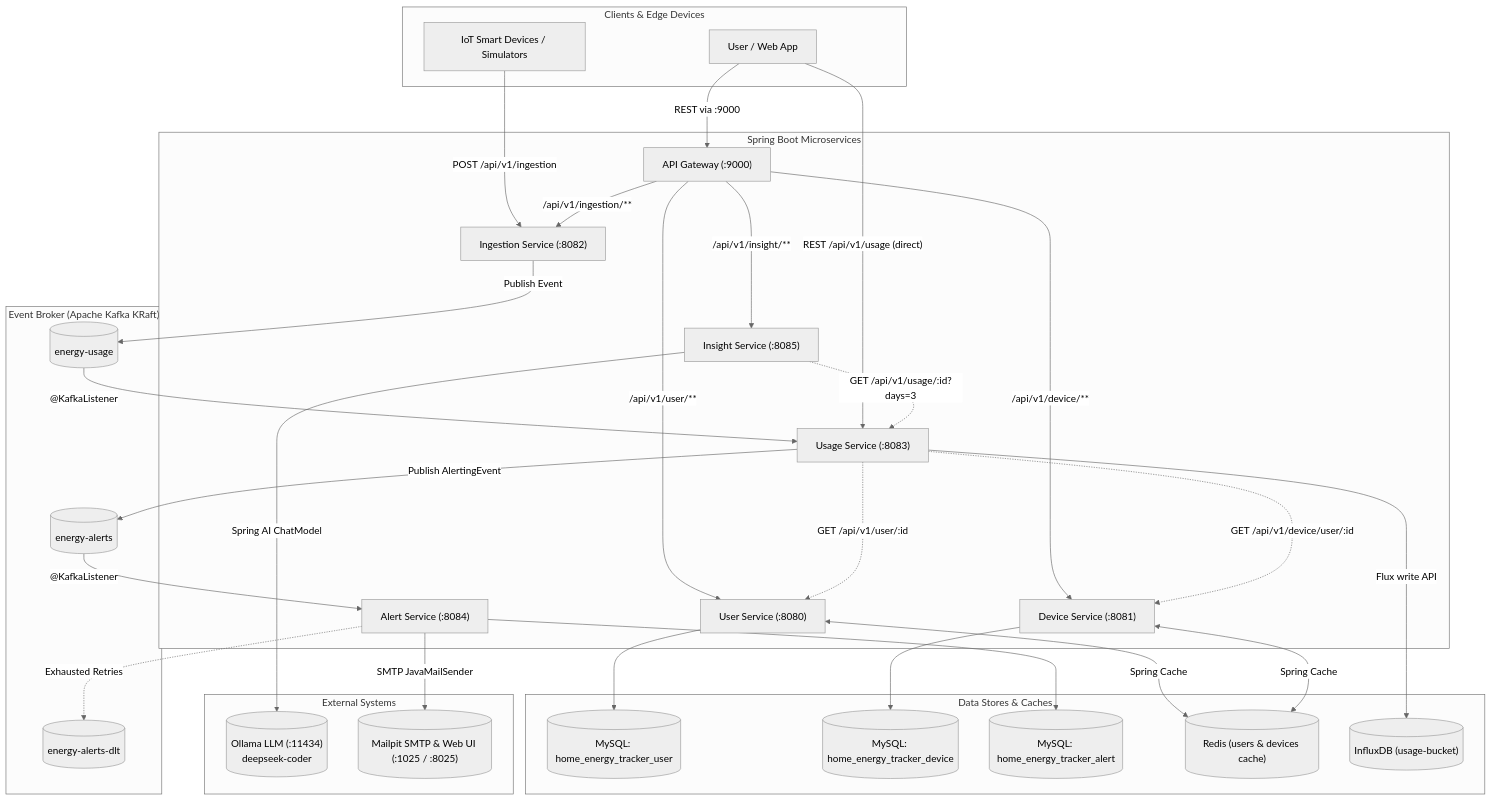
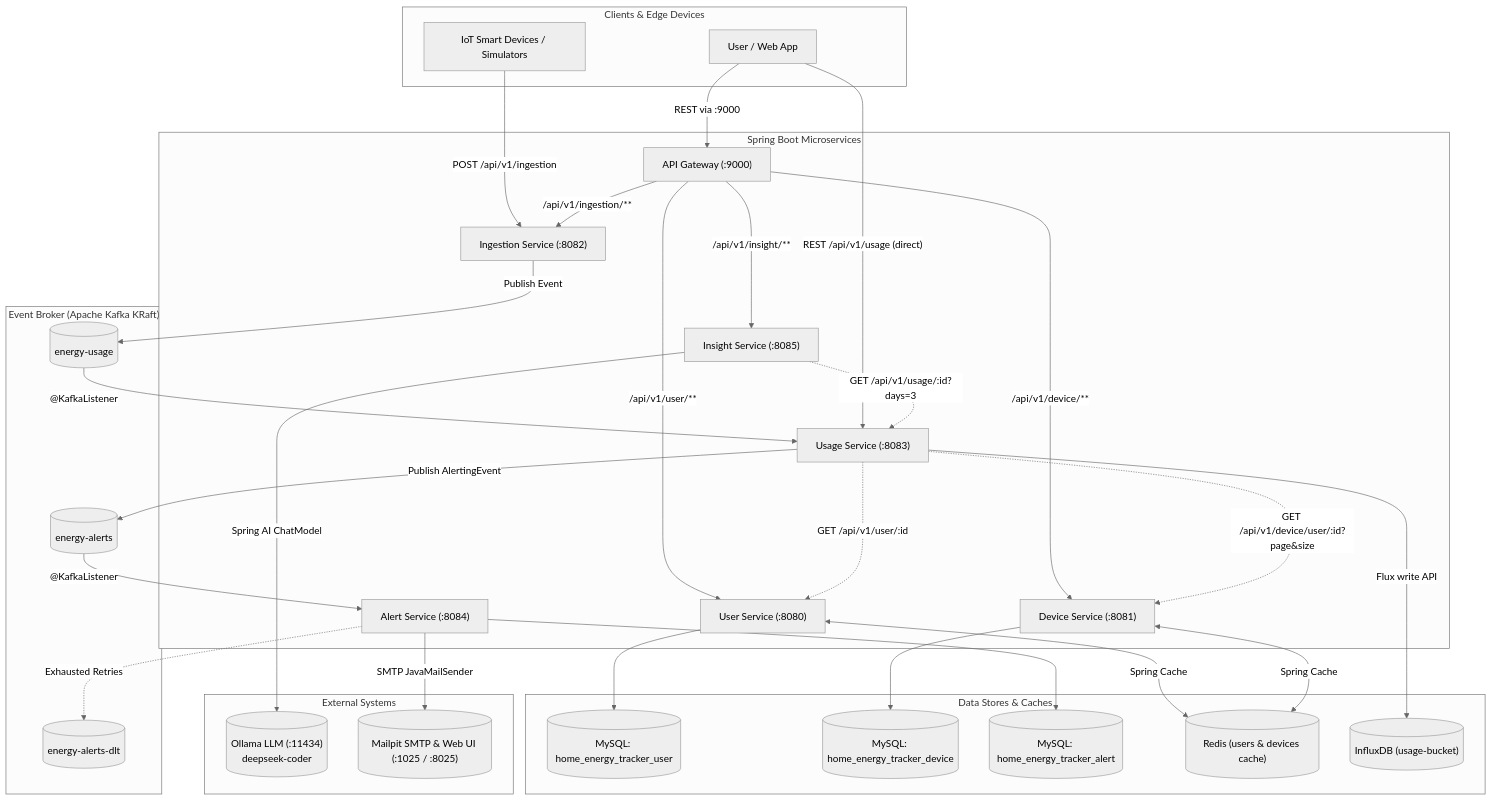
Before and after one commit to PagarciaSima/ENERGY_TRACKER_MICROSERVICES: the first of 5 diagrams in README.md, drawn with Mermaid (neutral theme). The commit also changed other lines of this file and 59 other files, not shown here.

````diff
--- a/README.md
+++ b/README.md
@@ -40,69 +41,69 @@
 ```mermaid
 flowchart TB
     subgraph Clients["Clients & Edge Devices"]
         UserClient["User / Web App"]
         IoTDevice["IoT Smart Devices / Simulators"]
     end
 
     subgraph CoreServices["Spring Boot Microservices"]
         UserSvc["User Service (:8080)"]
         DeviceSvc["Device Service (:8081)"]
         IngestionSvc["Ingestion Service (:8082)"]
         UsageSvc["Usage Service (:8083)"]
         AlertSvc["Alert Service (:8084)"]
         InsightSvc["Insight Service (:8085)"]
         ApiGW["API Gateway (:9000)"]
     end
 
     subgraph KafkaCluster["Event Broker (Apache Kafka KRaft)"]
         TopicUsage[("energy-usage")]
         TopicAlerts[("energy-alerts")]
         TopicDLT[("energy-alerts-dlt")]
     end
 
     subgraph StorageInfra["Data Stores & Caches"]
         MySQLUser[("MySQL: home_energy_tracker_user")]
         MySQLDev[("MySQL: home_energy_tracker_device")]
         MySQLAlert[("MySQL: home_energy_tracker_alert")]
         RedisCache[("Redis (users & devices cache)")]
         InfluxTSDB[("InfluxDB (usage-bucket)")]
     end
 
     subgraph ExternalCollaborators["External Systems"]
         OllamaLLM[("Ollama LLM (:11434)\ndeepseek-coder")]
         MailpitSMTP[("Mailpit SMTP & Web UI (:1025 / :8025)")]
     end
 
     %% Client Interactions
     UserClient -->|"REST via :9000"| ApiGW
     UserClient -->|"REST /api/v1/usage (direct)"| UsageSvc
     IoTDevice -->|POST /api/v1/ingestion| IngestionSvc
     ApiGW -->|"/api/v1/user/**"| UserSvc
     ApiGW -->|"/api/v1/device/**"| DeviceSvc
     ApiGW -->|"/api/v1/ingestion/**"| IngestionSvc
     ApiGW -->|"/api/v1/insight/**"| InsightSvc
 
     %% Service to Storage
     UserSvc --> MySQLUser
     UserSvc <-->|Spring Cache| RedisCache
     DeviceSvc --> MySQLDev
     DeviceSvc <-->|Spring Cache| RedisCache
     AlertSvc --> MySQLAlert
 
     %% Ingestion Pipeline
     IngestionSvc -->|Publish Event| TopicUsage
     TopicUsage -->|"@KafkaListener"| UsageSvc
     UsageSvc -->|Flux write API| InfluxTSDB
 
     %% Alerting Pipeline
-    UsageSvc -.->|GET /api/v1/device/user/:id| DeviceSvc
+    UsageSvc -.->|"GET /api/v1/device/user/:id?page&size"| DeviceSvc
     UsageSvc -.->|GET /api/v1/user/:id| UserSvc
     UsageSvc -->|Publish AlertingEvent| TopicAlerts
     TopicAlerts -->|"@KafkaListener"| AlertSvc
     AlertSvc -->|SMTP JavaMailSender| MailpitSMTP
     AlertSvc -.->|Exhausted Retries| TopicDLT
 
     %% AI Pipeline
     InsightSvc -.->|GET /api/v1/usage/:id?days=3| UsageSvc
     InsightSvc -->|Spring AI ChatModel| OllamaLLM
 ```
````
